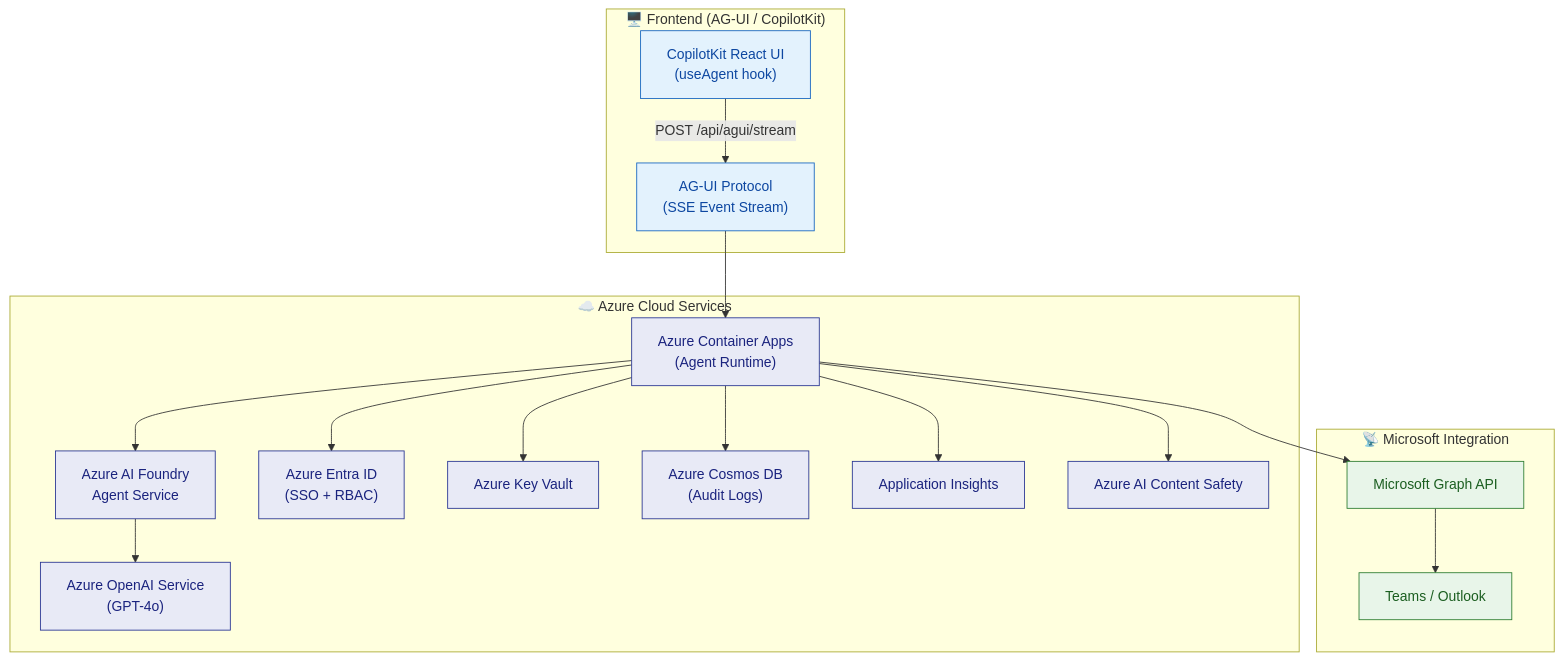
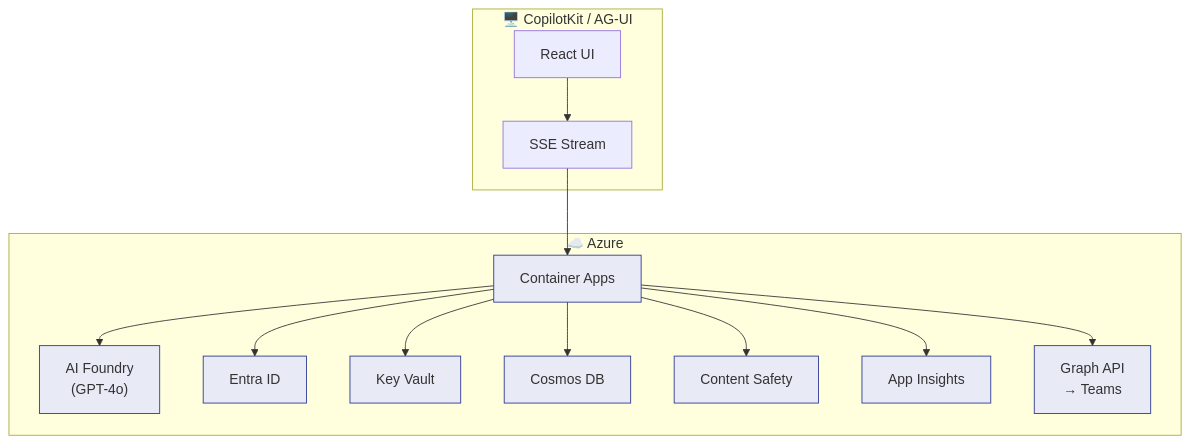
One commit to yjcmsft/Secure-Enterprise-Browser-Agentic-System changed the diagram in README.md. Above: the diagram before and after it, drawn with Mermaid. The commit also changed other lines of this file, not shown here.

Commit message:
docs: shorten README from 596 to 198 lines — same content, 3x more readable

````diff
--- a/README.md
+++ b/README.md
@@ -300,43 +123,18 @@
 ```mermaid
 flowchart TB
-    subgraph Frontend["🖥️ Frontend (AG-UI / CopilotKit)"]
-        CopilotKitUI["CopilotKit React UI\n(useAgent hook)"]
-        AGUI["AG-UI Protocol\n(SSE Event Stream)"]
+    subgraph Frontend["🖥️ CopilotKit / AG-UI"]
+        UI["React UI"] --> SSE["SSE Stream"]
     end
-
-    subgraph Azure["☁️ Azure Cloud Services"]
-        Foundry["Azure AI Foundry\nAgent Service"]
-        AOAI["Azure OpenAI Service\n(GPT-4o)"]
-        EntraID["Azure Entra ID\n(SSO + RBAC)"]
-        ContainerApps["Azure Container Apps\n(Agent Runtime)"]
-        KeyVault["Azure Key Vault"]
-        CosmosDB["Azure Cosmos DB\n(Audit Logs)"]
-        AppInsights["Application Insights"]
-        ContentSafety["Azure AI Content Safety"]
+    subgraph Azure["☁️ Azure"]
+        CA["Container Apps"] --> Foundry["AI Foundry\n(GPT-4o)"]
+        CA --> Entra["Entra ID"]
+        CA --> KV["Key Vault"]
+        CA --> Cosmos["Cosmos DB"]
+        CA --> AI["Content Safety"]
+        CA --> Insights["App Insights"]
+        CA --> Graph["Graph API\n→ Teams"]
     end
-
-    subgraph Integration["📡 Microsoft Integration"]
-        Graph["Microsoft Graph API"]
-        Teams["Teams / Outlook"]
-    end
-
-    CopilotKitUI -->|"POST /api/agui/stream"| AGUI
-    AGUI --> ContainerApps
-    ContainerApps --> Foundry
-    Foundry --> AOAI
-    ContainerApps --> EntraID
-    ContainerApps --> KeyVault
-    ContainerApps --> CosmosDB
-    ContainerApps --> AppInsights
-    ContainerApps --> ContentSafety
-    ContainerApps --> Graph
-    Graph --> Teams
-
-    classDef frontend fill:#E3F2FD,stroke:#1565C0,color:#0D47A1
-    classDef azure fill:#E8EAF6,stroke:#283593,color:#1A237E
-    classDef integration fill:#E8F5E9,stroke:#2E7D32,color:#1B5E20
-
-    class CopilotKitUI,AGUI frontend
-    class Foundry,AOAI,EntraID,ContainerApps,KeyVault,CosmosDB,AppInsights,ContentSafety azure
-    class Graph,Teams integration
+    SSE --> CA
+    classDef azure fill:#E8EAF6,stroke:#283593
+    class CA,Foundry,Entra,KV,Cosmos,AI,Insights,Graph azure
 ```
````
